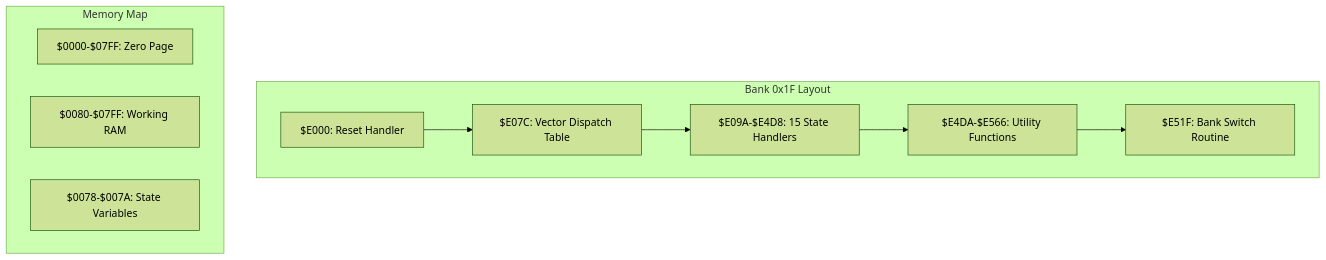
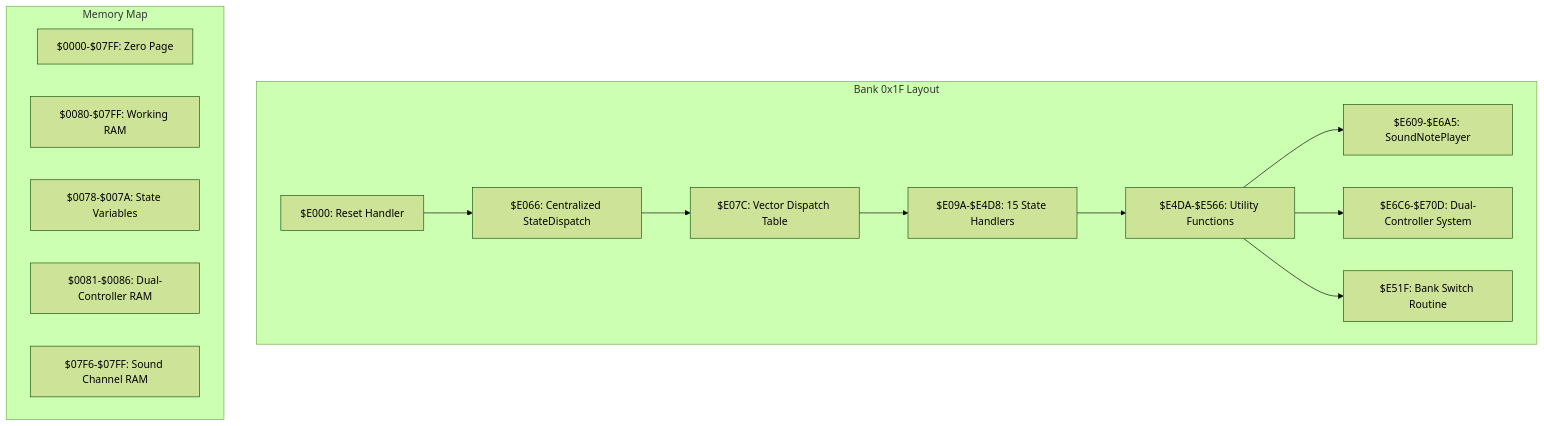
The first of 7 diagrams in .qoder/repowiki/en/content/Game State Management/Game State Management.md (rabbyzero/sango2dasm), drawn with Mermaid (forest theme) before and after one commit. The commit also changed other lines of this file and 9 other files, not shown here.

````diff
--- a/.qoder/repowiki/en/content/Game State Management/Game State Management.md
+++ b/.qoder/repowiki/en/content/Game State Management/Game State Management.md
@@ -28,19 +35,27 @@
 ```mermaid
 graph TB
 subgraph "Bank 0x1F Layout"
 Reset["$E000: Reset Handler"]
-Dispatch["$E07C: Vector Dispatch Table"]
+StateDispatch["$E066: Centralized StateDispatch"]
+VectorTable["$E07C: Vector Dispatch Table"]
 States["$E09A-$E4D8: 15 State Handlers"]
 Helpers["$E4DA-$E566: Utility Functions"]
+SoundEngine["$E609-$E6A5: SoundNotePlayer"]
+Controllers["$E6C6-$E70D: Dual-Controller System"]
 BankSwitch["$E51F: Bank Switch Routine"]
 end
 subgraph "Memory Map"
 RAM["$0000-$07FF: Zero Page"]
 WorkRAM["$0080-$07FF: Working RAM"]
 StateVars["$0078-$007A: State Variables"]
+ControllerRAM["$0081-$0086: Dual-Controller RAM"]
+SoundRAM["$07F6-$07FF: Sound Channel RAM"]
 end
-Reset --> Dispatch
-Dispatch --> States
+Reset --> StateDispatch
+StateDispatch --> VectorTable
+VectorTable --> States
 States --> Helpers
+Helpers --> SoundEngine
+Helpers --> Controllers
 Helpers --> BankSwitch
 ```
````
